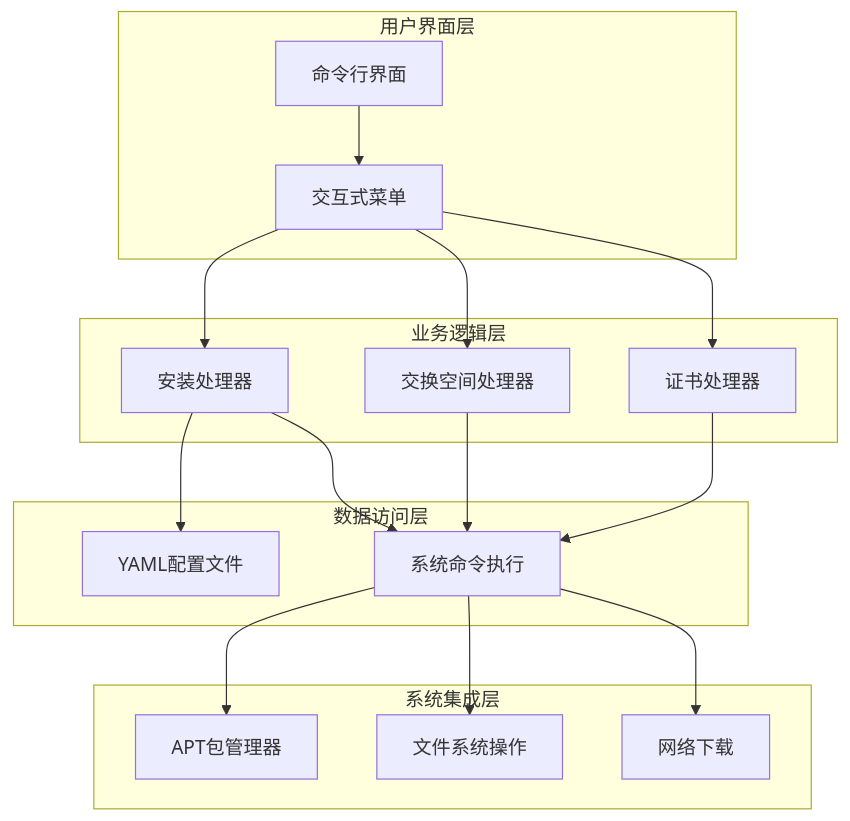
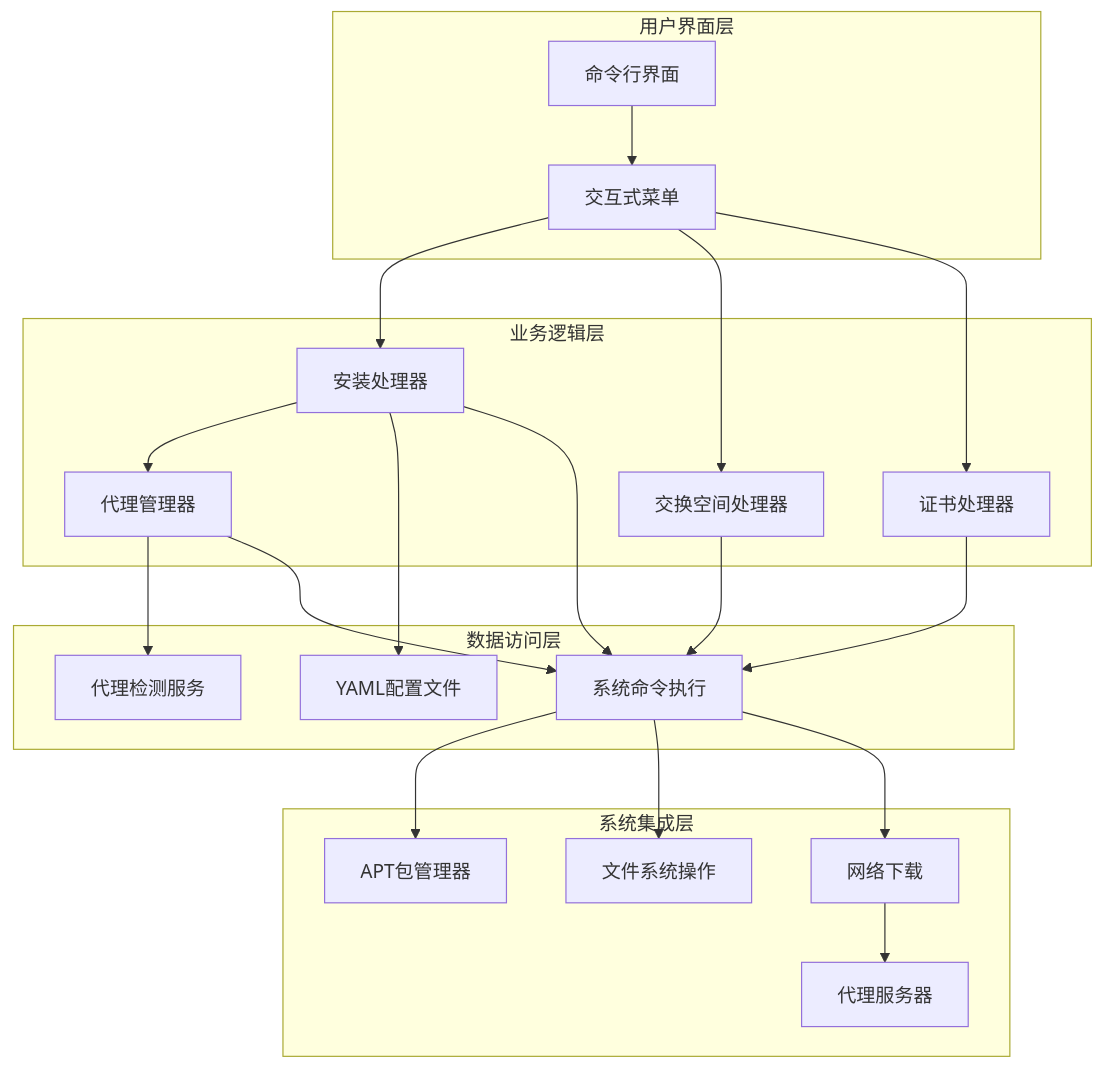
One commit to firestrongarch/install changed the second of 8 diagrams in .qoder/repowiki/zh/content/API参考/Python API.md. Above: the diagram before and after it, drawn with Mermaid. The commit also changed other lines of this file and 5 other files, not shown here.

````diff
--- a/.qoder/repowiki/zh/content/API参考/Python API.md
+++ b/.qoder/repowiki/zh/content/API参考/Python API.md
@@ -111,32 +124,39 @@
 ```mermaid
 graph TD
 subgraph "用户界面层"
 A[命令行界面]
 B[交互式菜单]
 end
 subgraph "业务逻辑层"
 C[安装处理器]
 D[交换空间处理器]
 E[证书处理器]
+F[代理管理器]
 end
 subgraph "数据访问层"
-F[YAML配置文件]
-G[系统命令执行]
+G[YAML配置文件]
+H[系统命令执行]
+I[代理检测服务]
 end
 subgraph "系统集成层"
-H[APT包管理器]
-I[文件系统操作]
-J[网络下载]
+J[APT包管理器]
+K[文件系统操作]
+L[网络下载]
+M[代理服务器]
 end
 A --> B
 B --> C
 B --> D
 B --> E
 C --> F
+F --> I
+F --> H
 C --> G
-D --> G
-E --> G
-G --> H
-G --> I
-G --> J
+C --> H
+D --> H
+E --> H
+H --> J
+H --> K
+H --> L
+L --> M
 ```
````
